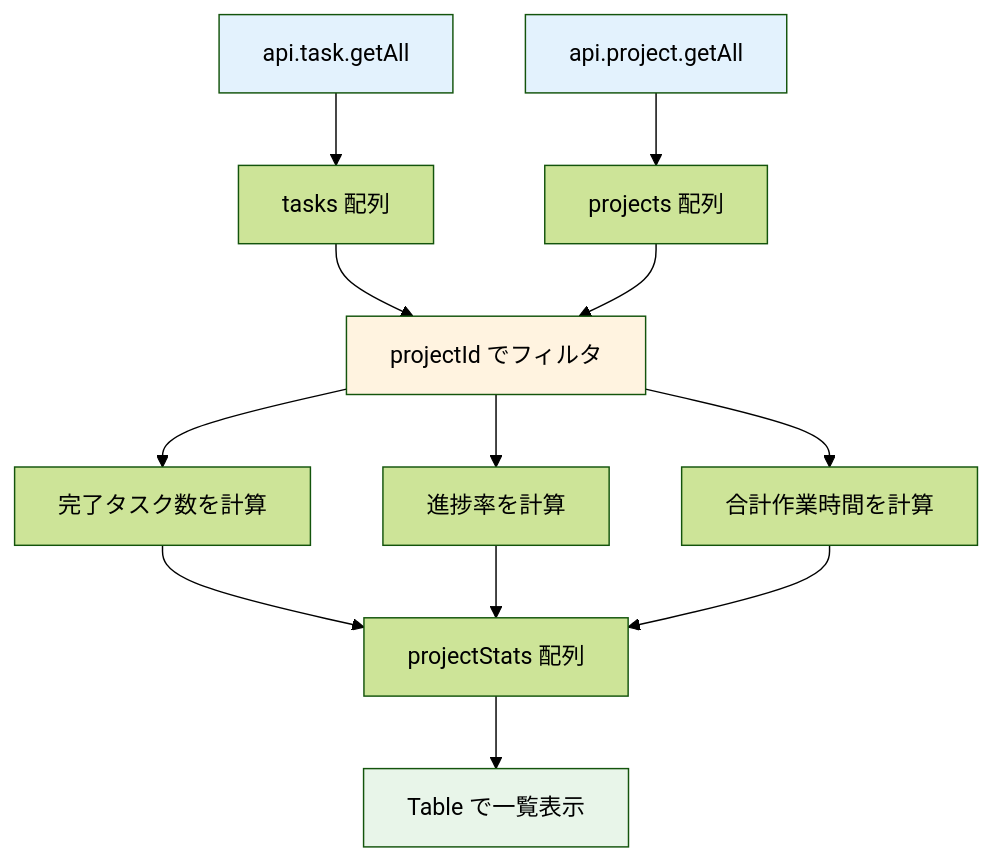
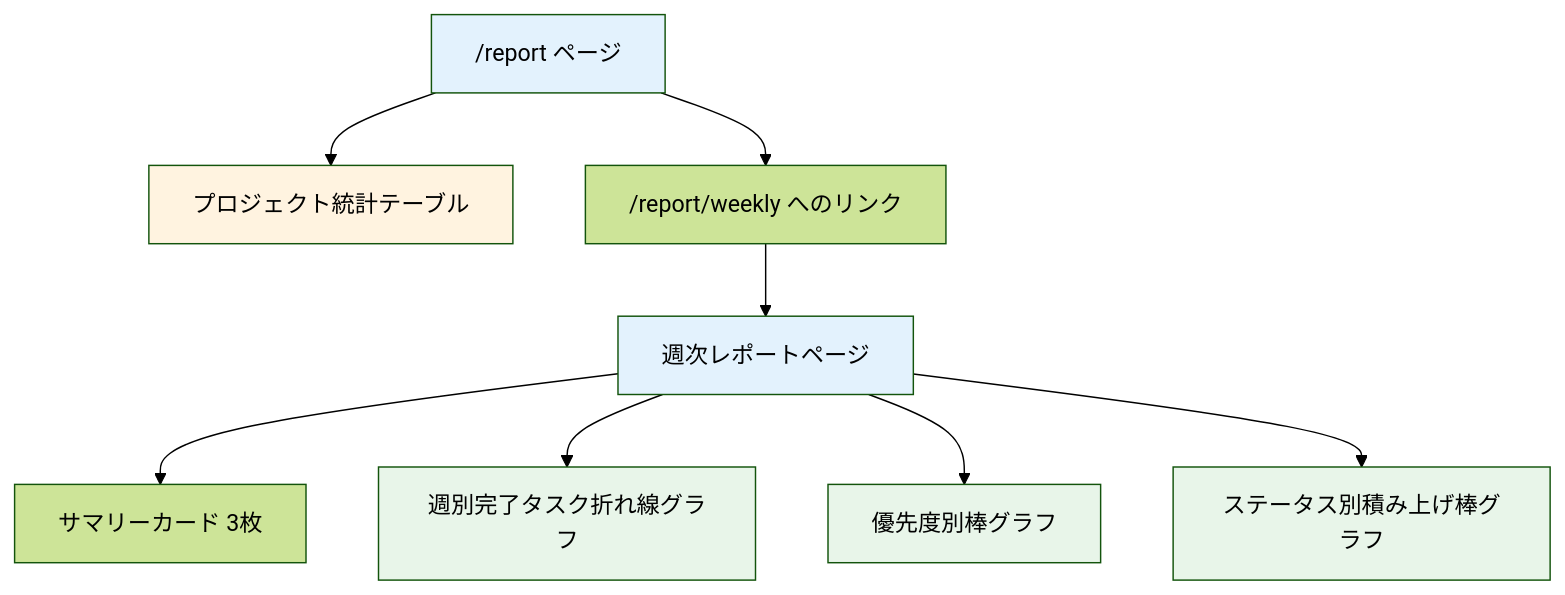
The diagram in material/30days-curriculum/day23_週次レポート.md (kouiso/task-app), drawn with Mermaid (forest theme) before and after one commit. The commit also changed other lines of this file and 20 other files, not shown here.

````diff
--- a/material/30days-curriculum/day23_週次レポート.md
+++ b/material/30days-curriculum/day23_週次レポート.md
@@ -32,19 +33,17 @@
 ```mermaid
 flowchart TD
-    A[api.task.getAll] --> B[tasks 配列]
-    C[api.project.getAll] --> D[projects 配列]
-    B --> E[projectId でフィルタ]
-    D --> E
-    E --> F[完了タスク数を計算]
-    E --> G[進捗率を計算]
-    E --> H[合計作業時間を計算]
-    F --> I[projectStats 配列]
-    G --> I
-    H --> I
-    I --> J[Table で一覧表示]
+    A["/report ページ"] --> B[プロジェクト統計テーブル]
+    A --> C["/report/weekly へのリンク"]
+    C --> D[週次レポートページ]
+    D --> E[サマリーカード 3枚]
+    D --> F[週別完了タスク折れ線グラフ]
+    D --> G[優先度別棒グラフ]
+    D --> H[ステータス別積み上げ棒グラフ]
 
     style A fill:#e3f2fd
-    style C fill:#e3f2fd
-    style E fill:#fff3e0
-    style J fill:#e8f5e9
+    style B fill:#fff3e0
+    style D fill:#e3f2fd
+    style F fill:#e8f5e9
+    style G fill:#e8f5e9
+    style H fill:#e8f5e9
 ```
````
